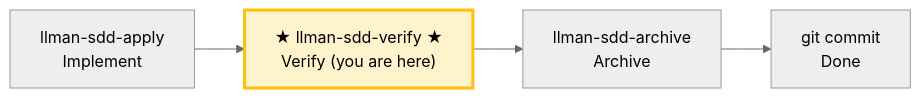
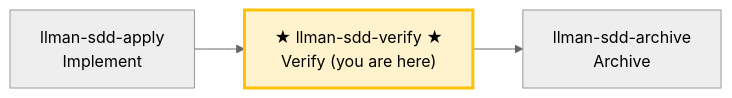
One commit to StrayDragon/dapz changed the diagram in .agents/skills/llman-sdd-verify/SKILL.md. Above: the diagram before and after it, drawn with Mermaid (neutral theme). The commit also changed other lines of this file and 31 other files, not shown here.

````diff
--- a/.agents/skills/llman-sdd-verify/SKILL.md
+++ b/.agents/skills/llman-sdd-verify/SKILL.md
@@ -17,9 +19,8 @@
 ```mermaid
 flowchart LR
     apply["llman-sdd-apply<br/>Implement"] --> verify
     verify["★ llman-sdd-verify ★<br/>Verify (you are here)"]
     verify --> archive["llman-sdd-archive<br/>Archive"]
-    archive --> commit["git commit<br/>Done"]
 
     style verify fill:#fff3cd,stroke:#ffc107,stroke-width:3px
 ```
````
